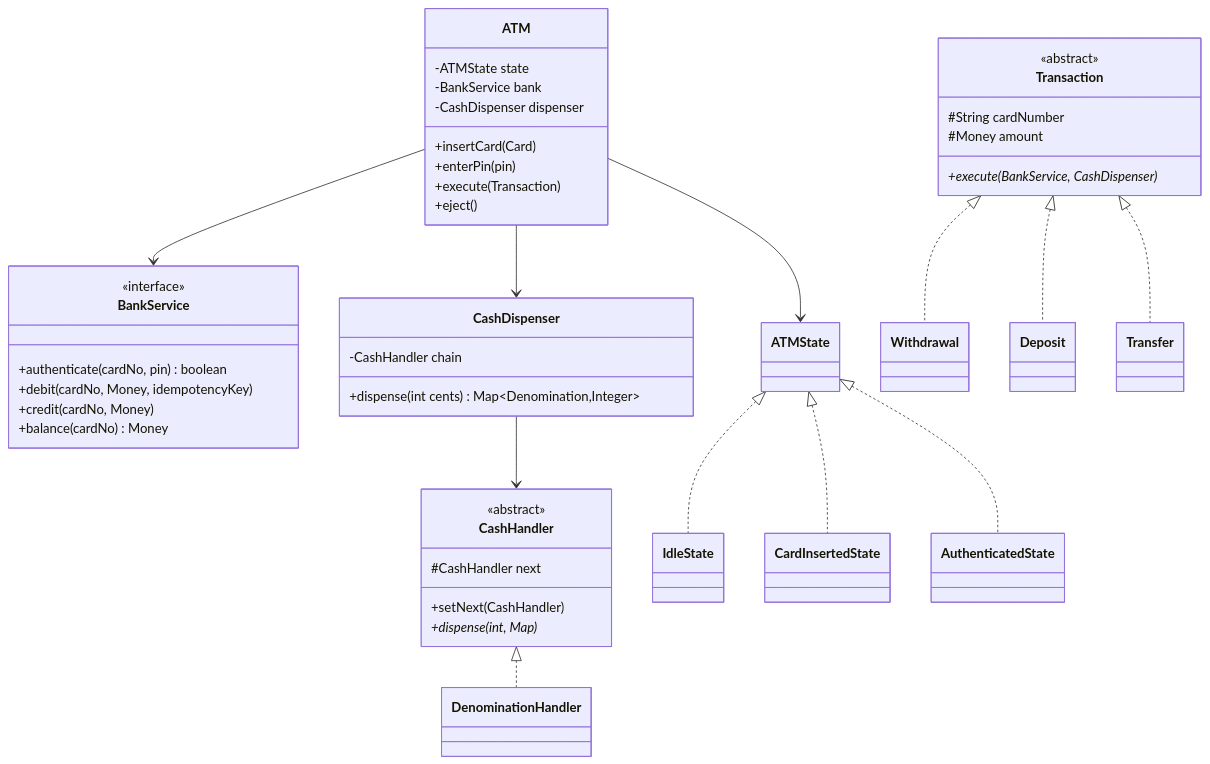
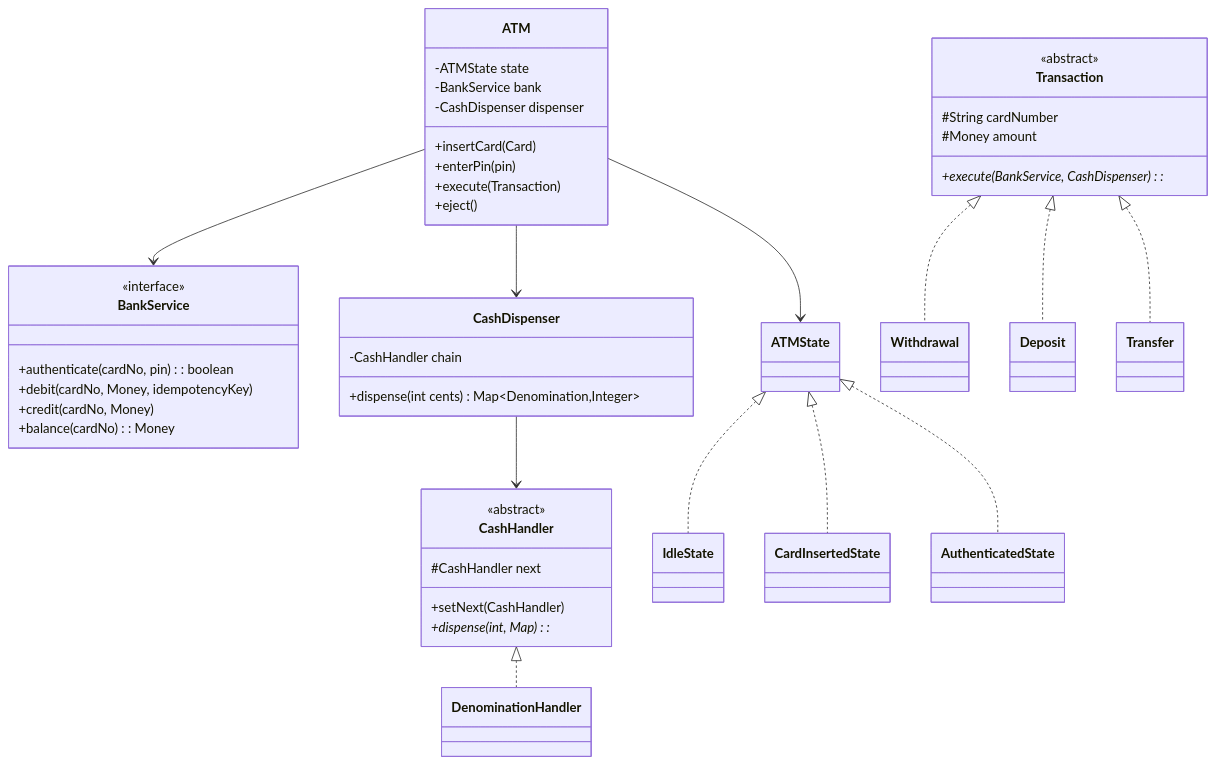
Before and after one commit to iamitgupta/system-design-LLD-basic: diagram 23 of 59 in Readme.md, drawn with Mermaid. The commit also changed other lines of this file, not shown here.

````diff
--- a/Readme.md
+++ b/Readme.md
@@ -2359,46 +3140,46 @@
 ```mermaid
 classDiagram
  class ATM {
  -ATMState state
  -BankService bank
  -CashDispenser dispenser
  +insertCard(Card)
  +enterPin(pin)
  +execute(Transaction)
  +eject()
  }
  class BankService {
  <<interface>>
- +authenticate(cardNo, pin) boolean
+ +authenticate(cardNo, pin): boolean
  +debit(cardNo, Money, idempotencyKey)
  +credit(cardNo, Money)
- +balance(cardNo) Money
+ +balance(cardNo): Money
  }
  class Transaction {
  <<abstract>>
  #String cardNumber
  #Money amount
- +execute(BankService, CashDispenser)*
+ +execute(BankService, CashDispenser): *
  }
  class CashDispenser {
  -CashHandler chain
  +dispense(int cents) Map~Denomination,Integer~
  }
  class CashHandler {
  <<abstract>>
  #CashHandler next
  +setNext(CashHandler)
- +dispense(int, Map)*
+ +dispense(int, Map): *
  }
  ATM --> BankService
  ATM --> CashDispenser
  ATM --> ATMState
  ATMState <|.. IdleState
  ATMState <|.. CardInsertedState
  ATMState <|.. AuthenticatedState
  Transaction <|.. Withdrawal
  Transaction <|.. Deposit
  Transaction <|.. Transfer
  CashDispenser --> CashHandler
  CashHandler <|.. DenominationHandler
 ```
````
